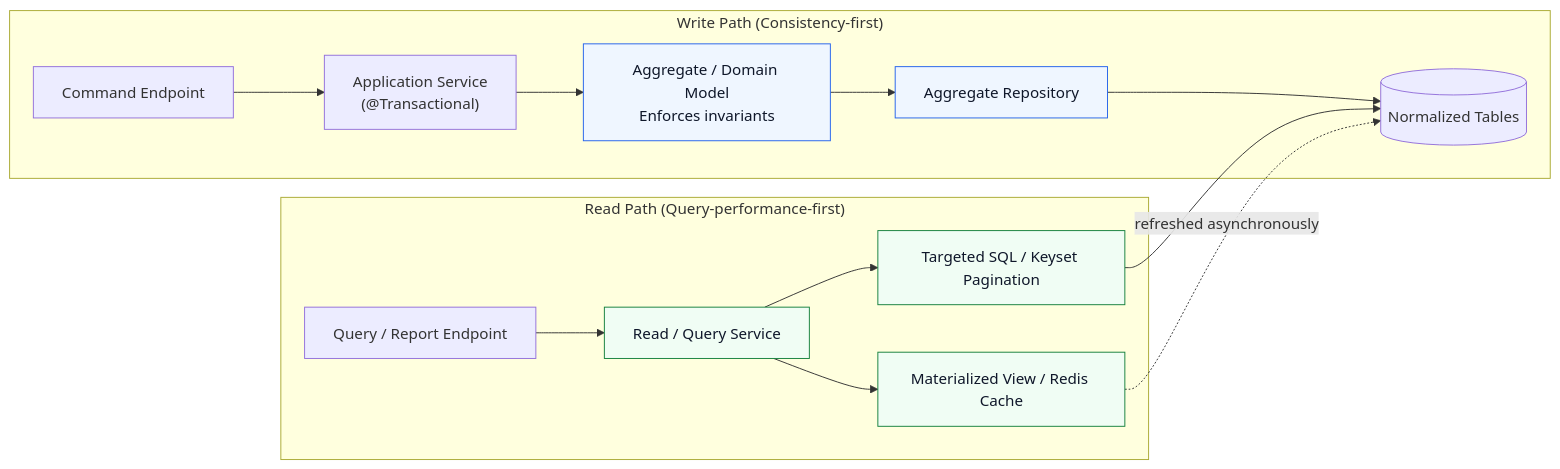
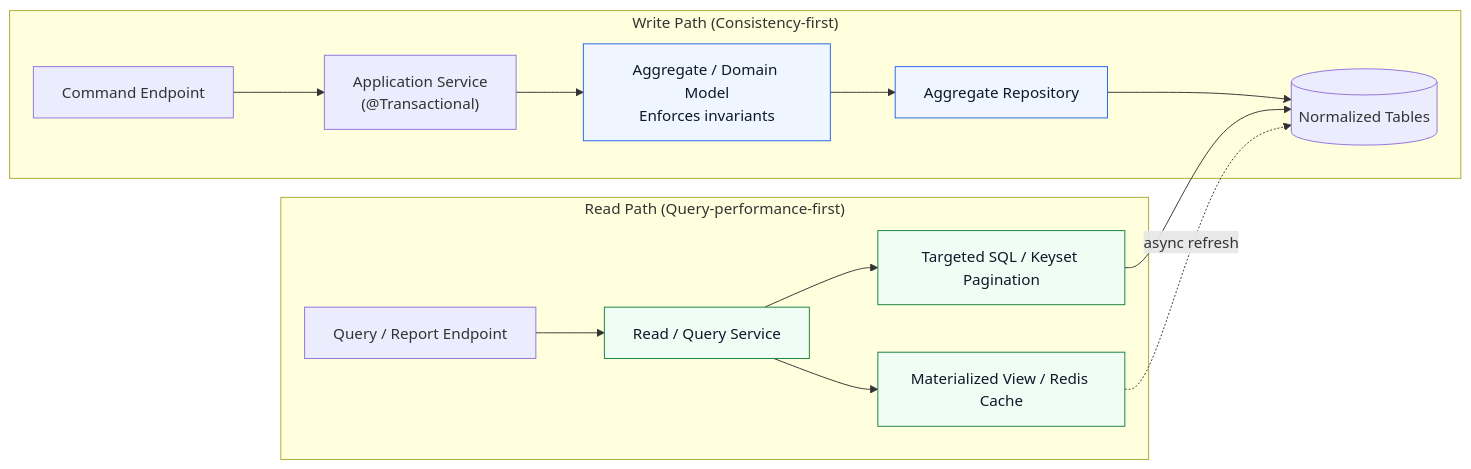
Before and after one commit to derricksaw/learning: the seventh of 8 diagrams in software-design/repository-architecture-and-design-patterns.md, drawn with Mermaid. The commit also changed other lines of this file, not shown here.

Commit message:
Fix Mermaid parse error and dark-mode contrast in repository architecture note

````diff
--- a/software-design/repository-architecture-and-design-patterns.md
+++ b/software-design/repository-architecture-and-design-patterns.md
@@ -403,22 +404,22 @@
 ```mermaid
 flowchart LR
     subgraph WRITE["Write Path (Consistency-first)"]
         WC["Command Endpoint"] --> WS["Application Service<br/>(@Transactional)"]
         WS --> AGG["Aggregate / Domain Model<br/>Enforces invariants"]
         AGG --> WREPO["Aggregate Repository"]
         WREPO --> DB[("Normalized Tables")]
     end
 
     subgraph READ["Read Path (Query-performance-first)"]
         RC["Query / Report Endpoint"] --> RS["Read / Query Service"]
         RS --> SQL["Targeted SQL / Keyset Pagination"]
         RS --> CACHE["Materialized View / Redis Cache"]
         SQL --> DB
-        CACHE -.->|refreshed asynchronously| DB
+        CACHE -.->|async refresh| DB
     end
 
     classDef write fill:#eff6ff,stroke:#2563eb,color:#0f172a
     classDef read fill:#f0fdf4,stroke:#15803d,color:#0f172a
     class AGG,WREPO write
     class RS,SQL,CACHE read
 ```
````
